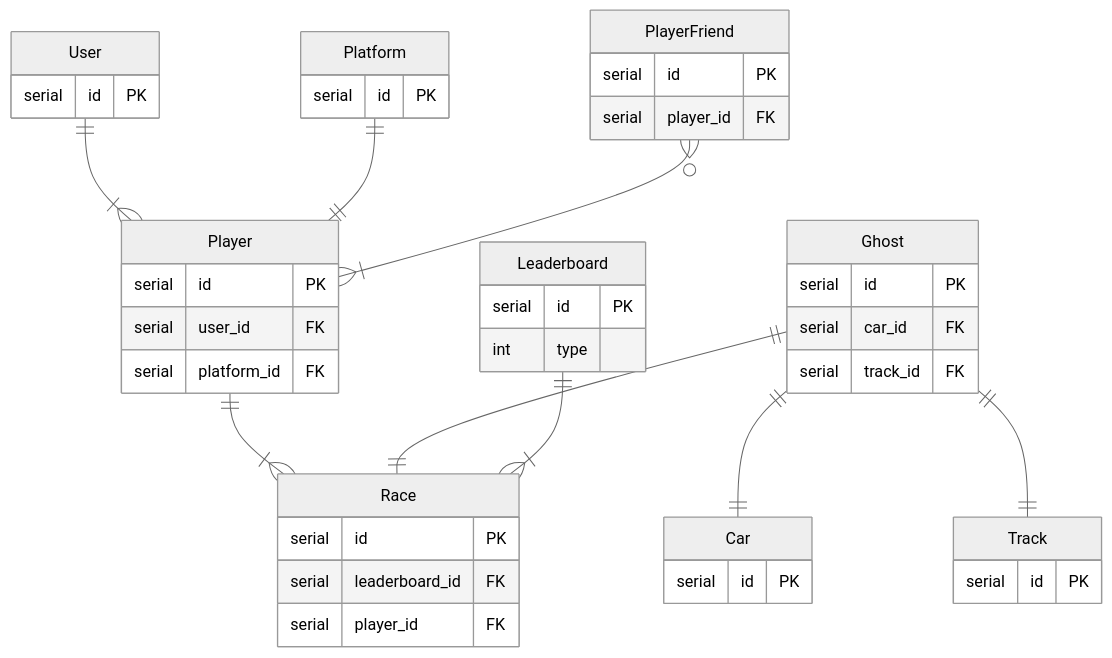
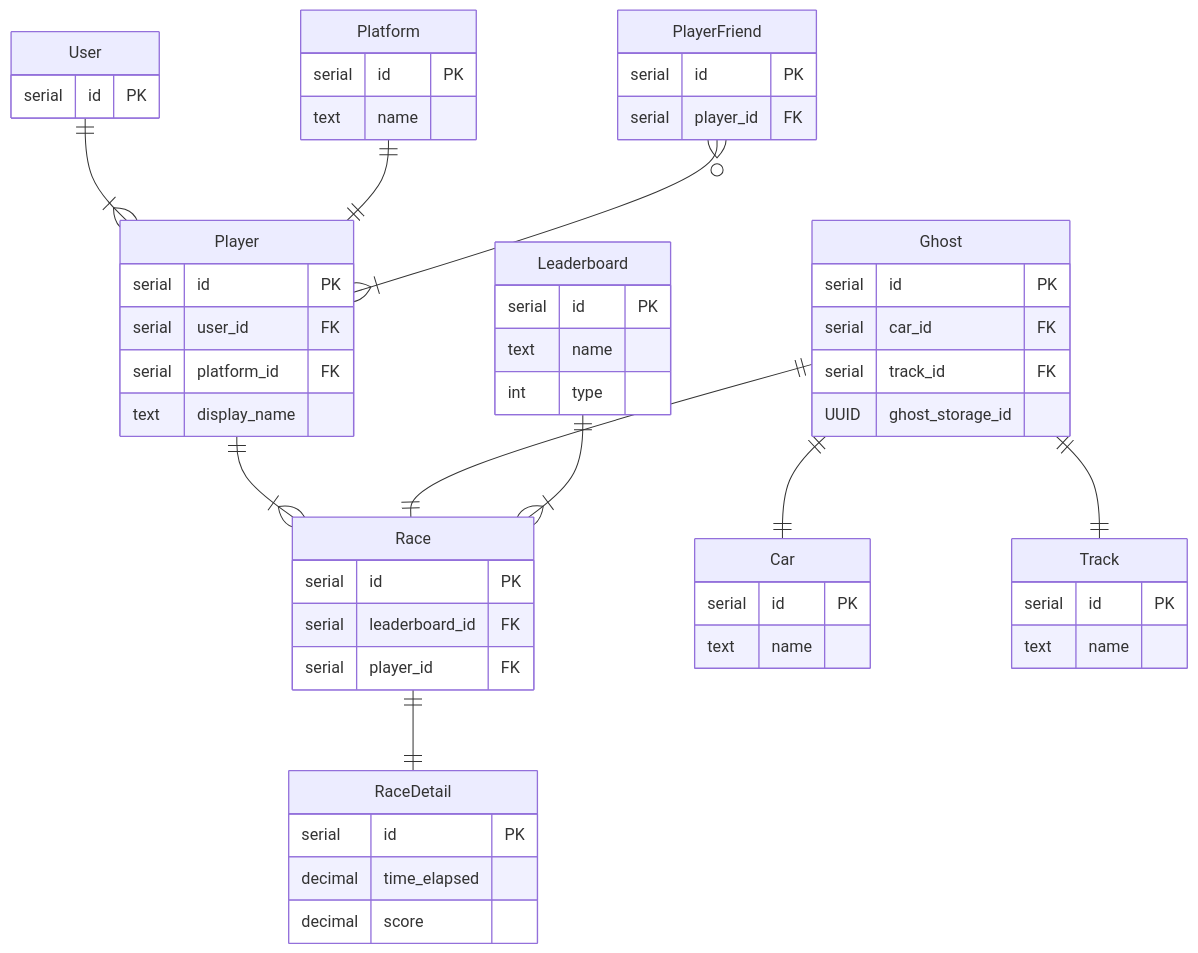
Before and after one commit to rick-0/MegaLeaderboard: the second of 2 diagrams in README.md, drawn with Mermaid.

````diff
--- a/README.md
+++ b/README.md
@@ -74,48 +74,60 @@
 ``` mermaid
-%%{init: {'theme':'neutral'}}%%
+%%{init: {'themeVariables': { 'darkMode': true }}}%%
 erDiagram
     User ||--|{ Player : ""
     Player ||--|{ Race : ""
     Platform ||--|| Player : ""
     PlayerFriend }o--|{ Player : ""
     Ghost ||--|| Race : ""
+    Race ||--|| RaceDetail : ""
     Ghost ||--|| Car : ""
     Ghost ||--|| Track : ""
     Leaderboard ||--|{ Race : ""   
 
     User {
         serial id PK
     }
     Player {
         serial id PK
         serial user_id FK
         serial platform_id FK
+        text display_name
     }
     Platform {
         serial id PK
+        text name
     }
     PlayerFriend {
         serial id PK
         serial player_id FK
     }
     Ghost {
         serial id PK
         serial car_id FK
         serial track_id FK
+        UUID ghost_storage_id
+    }
+    RaceDetail {
+        serial id PK
+        decimal time_elapsed
+        decimal score
     }
     Race {
         serial id PK
         serial leaderboard_id FK
         serial player_id FK
     }
     Car {
         serial id PK
+        text name
     }
     Track {
         serial id PK
+        text name
     }
     Leaderboard {
         serial id PK
+        text name
         int type
     }
 ```
````
